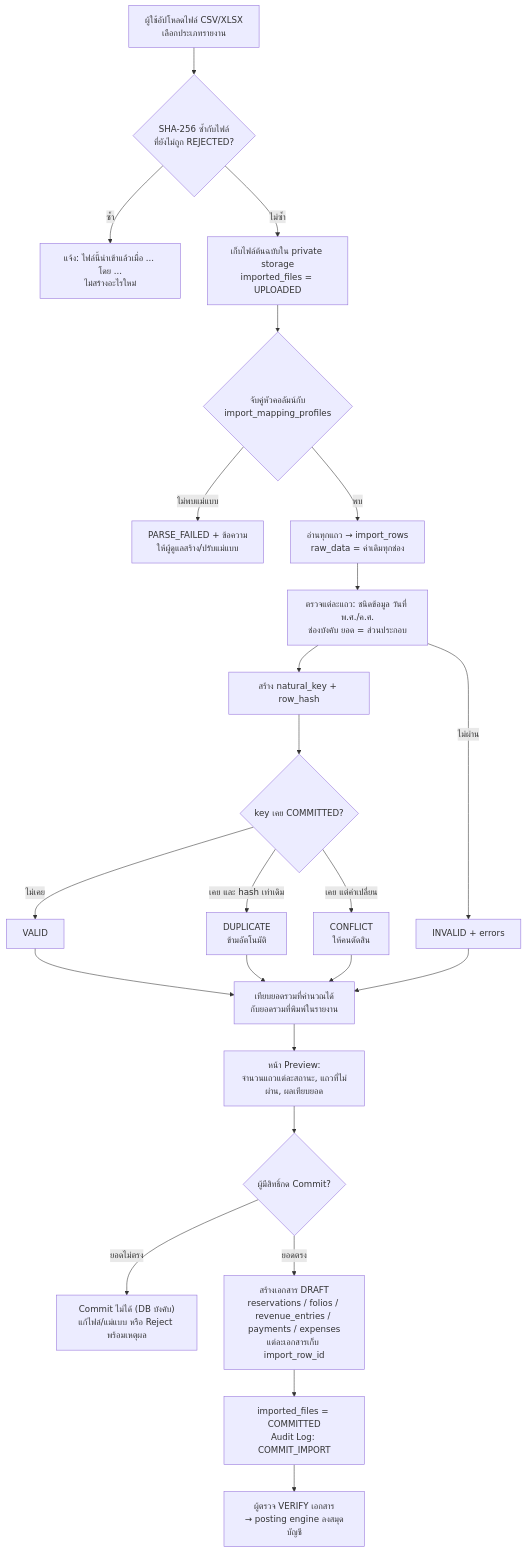
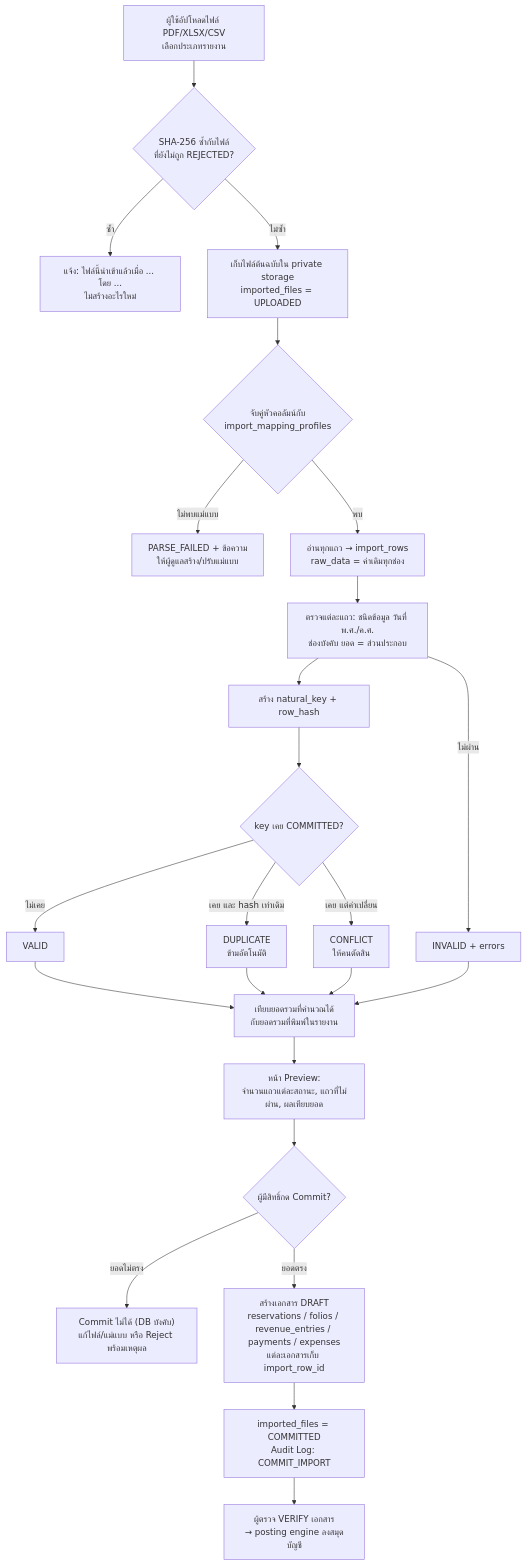
The first of 9 diagrams in web/docs/phase-1/05-workflows.md (innosenze88/accounting), drawn with Mermaid before and after one commit. The commit also changed other lines of this file and 10 other files, not shown here.

````diff
--- a/web/docs/phase-1/05-workflows.md
+++ b/web/docs/phase-1/05-workflows.md
@@ -5,23 +5,23 @@
 ```mermaid
 flowchart TD
-    U[ผู้ใช้อัปโหลดไฟล์ CSV/XLSX<br/>เลือกประเภทรายงาน] --> H{SHA-256 ซ้ำกับไฟล์<br/>ที่ยังไม่ถูก REJECTED?}
+    U[ผู้ใช้อัปโหลดไฟล์ PDF/XLSX/CSV<br/>เลือกประเภทรายงาน] --> H{SHA-256 ซ้ำกับไฟล์<br/>ที่ยังไม่ถูก REJECTED?}
     H -- ซ้ำ --> HX[แจ้ง: ไฟล์นี้นำเข้าแล้วเมื่อ ... โดย ...<br/>ไม่สร้างอะไรใหม่]
     H -- ไม่ซ้ำ --> S[เก็บไฟล์ต้นฉบับใน private storage<br/>imported_files = UPLOADED]
     S --> D{จับคู่หัวคอลัมน์กับ<br/>import_mapping_profiles}
     D -- ไม่พบแม่แบบ --> DX[PARSE_FAILED + ข้อความ<br/>ให้ผู้ดูแลสร้าง/ปรับแม่แบบ]
     D -- พบ --> P[อ่านทุกแถว → import_rows<br/>raw_data = ค่าเดิมทุกช่อง]
     P --> V[ตรวจแต่ละแถว: ชนิดข้อมูล วันที่ พ.ศ./ค.ศ.<br/>ช่องบังคับ ยอด = ส่วนประกอบ]
     V --> K[สร้าง natural_key + row_hash]
     K --> Q{key เคย COMMITTED?}
     Q -- ไม่เคย --> OK[VALID]
     Q -- เคย และ hash เท่าเดิม --> DUP[DUPLICATE<br/>ข้ามอัตโนมัติ]
     Q -- เคย แต่ค่าเปลี่ยน --> CF[CONFLICT<br/>ให้คนตัดสิน]
     V -- ไม่ผ่าน --> INV[INVALID + errors]
     OK & DUP & CF & INV --> T[เทียบยอดรวมที่คำนวณได้<br/>กับยอดรวมที่พิมพ์ในรายงาน]
     T --> PV[หน้า Preview:<br/>จำนวนแถวแต่ละสถานะ, แถวที่ไม่ผ่าน, ผลเทียบยอด]
     PV --> C{ผู้มีสิทธิ์กด Commit?}
     C -- ยอดไม่ตรง --> CX["Commit ไม่ได้ (DB บังคับ)<br/>แก้ไฟล์/แม่แบบ หรือ Reject พร้อมเหตุผล"]
     C -- ยอดตรง --> CM[สร้างเอกสาร DRAFT<br/>reservations / folios / revenue_entries / payments / expenses<br/>แต่ละเอกสารเก็บ import_row_id]
     CM --> AU[imported_files = COMMITTED<br/>Audit Log: COMMIT_IMPORT]
     AU --> RV[ผู้ตรวจ VERIFY เอกสาร<br/>→ posting engine ลงสมุดบัญชี]
 ```
````
